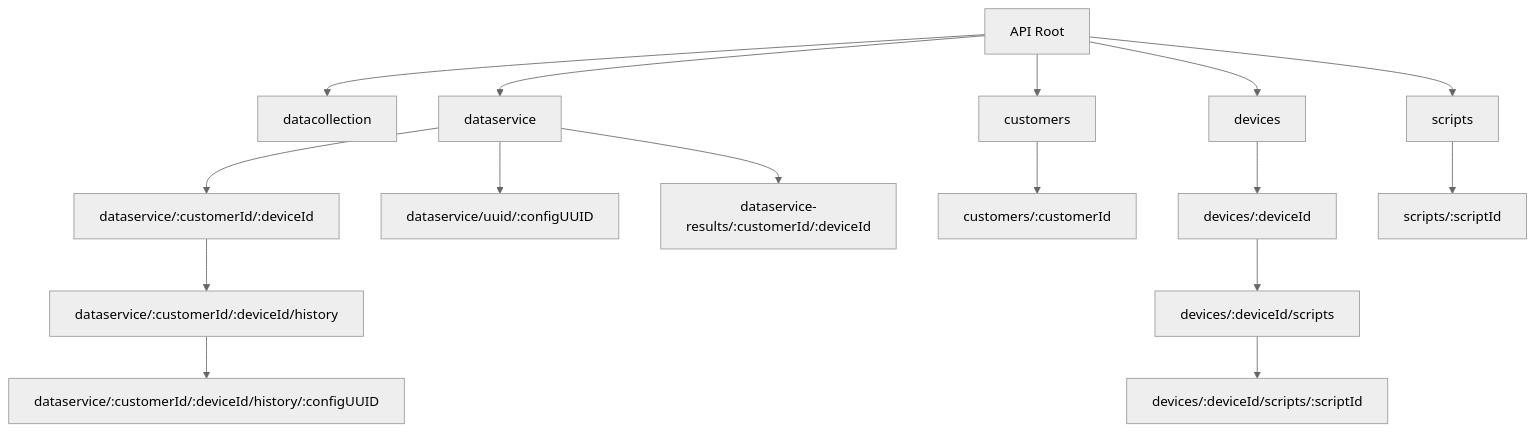
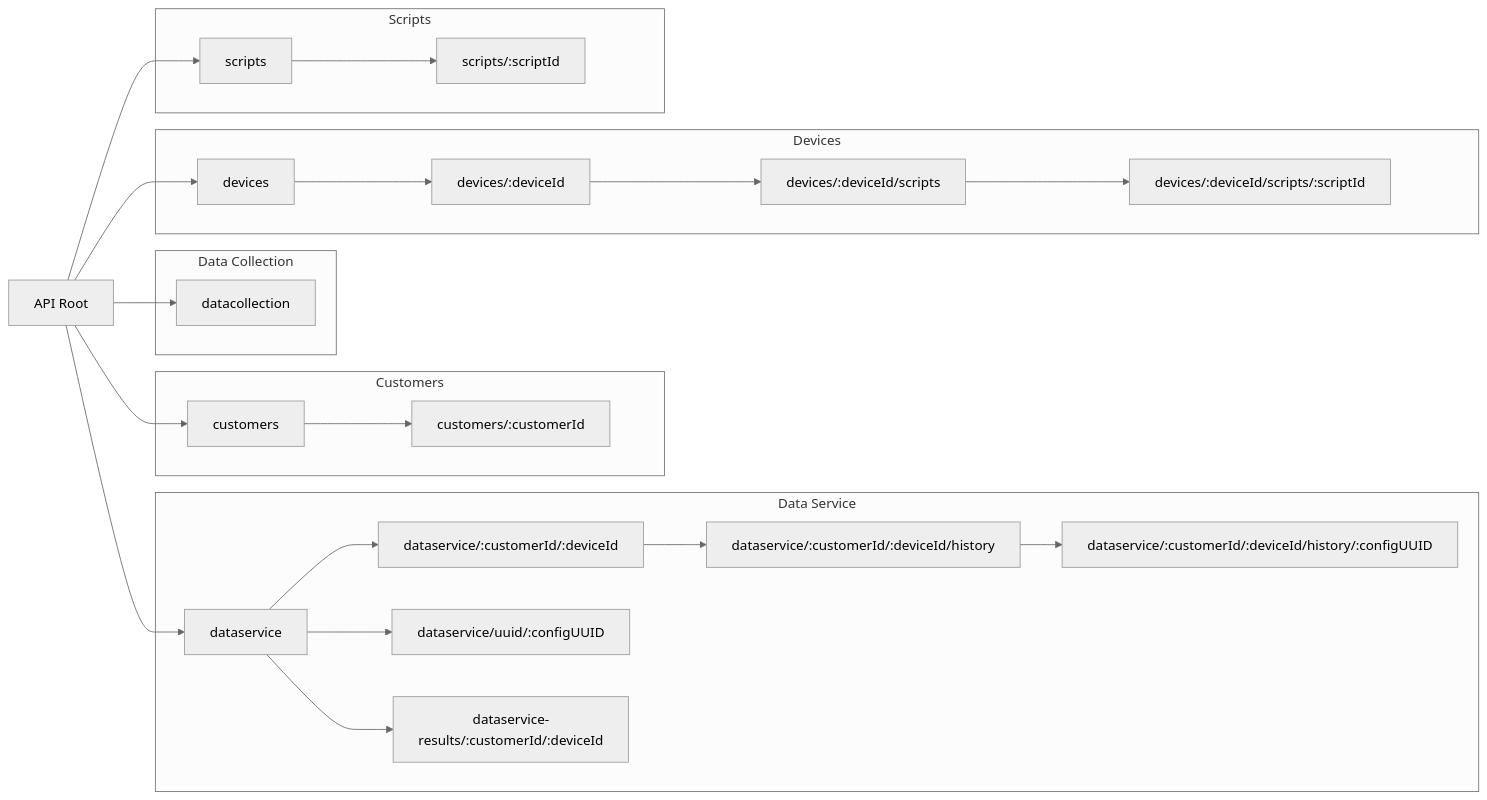
The second of 2 diagrams in api/README.md (Andrej220/HAM), drawn with Mermaid (neutral theme) before and after one commit. The commit also changed other lines of this file and 4 other files, not shown here.

````diff
--- a/api/README.md
+++ b/api/README.md
@@ -41,22 +66,41 @@
  ```mermaid
-graph TD
-  A[API Root] --> B[datacollection]
-  A --> C[dataservice]
-  A --> D[customers]
-  A --> E[devices]
-  A --> F[scripts]
+graph LR
+  A[API Root]
 
-  C --> G[dataservice/:customerId/:deviceId]
-  G --> H[dataservice/:customerId/:deviceId/history]
-  H --> I[dataservice/:customerId/:deviceId/history/:configUUID]
-  C --> J[dataservice/uuid/:configUUID]
-  C --> K[dataservice-results/:customerId/:deviceId]
+  subgraph Data Collection
+    B[datacollection]
+  end
 
-  D --> L[customers/:customerId]
+  subgraph Data Service
+    C[dataservice]
+    C --> G[dataservice/:customerId/:deviceId]
+    G --> H[dataservice/:customerId/:deviceId/history]
+    H --> I[dataservice/:customerId/:deviceId/history/:configUUID]
+    C --> J[dataservice/uuid/:configUUID]
+    C --> K[dataservice-results/:customerId/:deviceId]
+  end
 
-  E --> M[devices/:deviceId]
-  M --> N[devices/:deviceId/scripts]
-  N --> O[devices/:deviceId/scripts/:scriptId]
+  subgraph Customers
+    D[customers]
+    D --> L[customers/:customerId]
+  end
 
-  F --> P[scripts/:scriptId]
+  subgraph Devices
+    E[devices]
+    E --> M[devices/:deviceId]
+    M --> N[devices/:deviceId/scripts]
+    N --> O[devices/:deviceId/scripts/:scriptId]
+  end
+
+  subgraph Scripts
+    F[scripts]
+    F --> P[scripts/:scriptId]
+  end
+
+  A --> B
+  A --> C
+  A --> D
+  A --> E
+  A --> F
+
 ```
````
